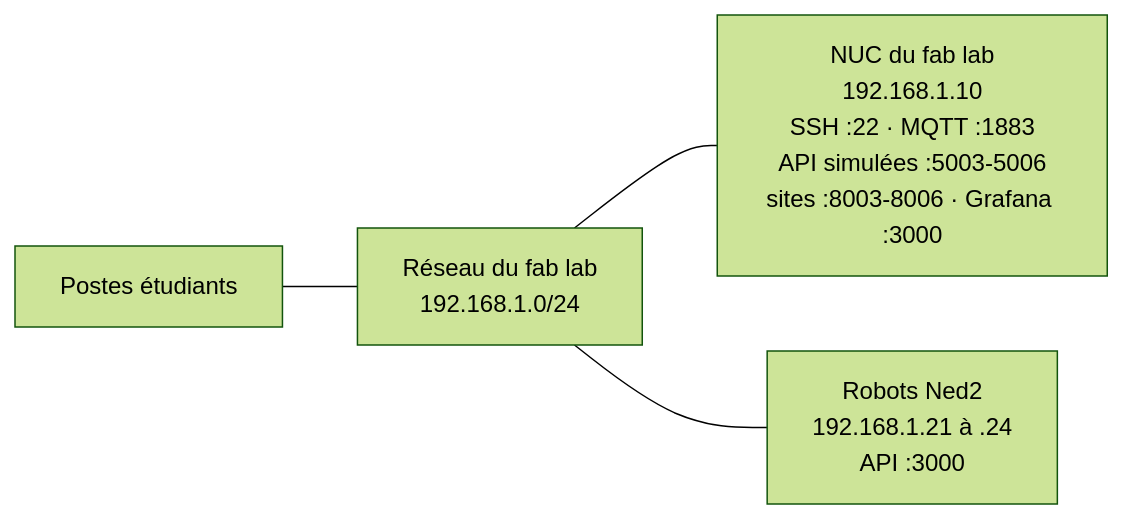
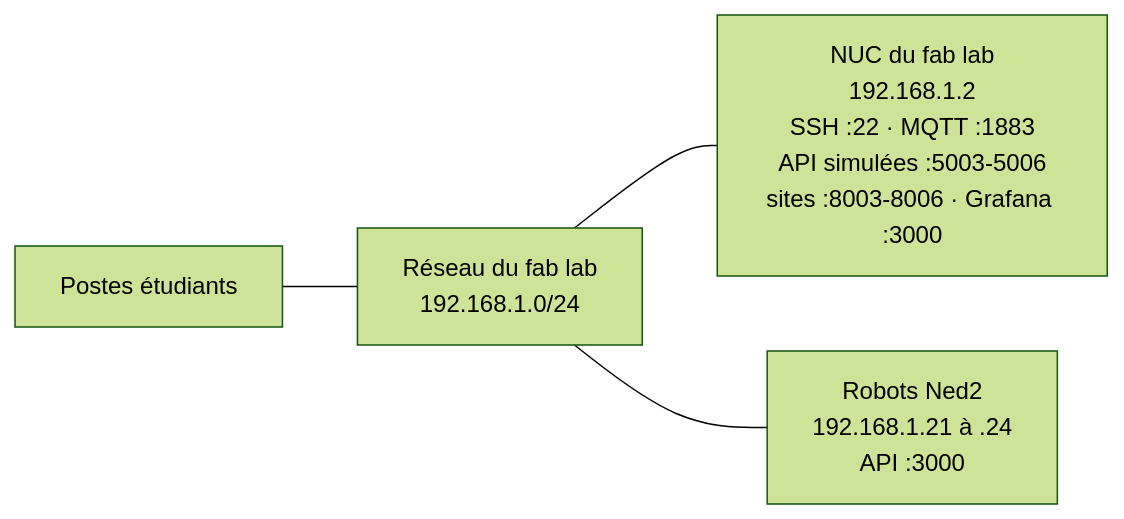
The diagram in progression_pedagogique/img/src/reseau_IRUP.mmd (fabrice1618/niryo2), drawn with Mermaid (forest theme) before and after one commit. The commit also changed 46 other files, not shown here.

```diff
--- a/progression_pedagogique/img/src/reseau_IRUP.mmd
+++ b/progression_pedagogique/img/src/reseau_IRUP.mmd
@@ -1,4 +1,4 @@
 flowchart LR
     PE["Postes étudiants"] --- SW["Réseau du fab lab<br/>192.168.1.0/24"]
-    SW --- SV["NUC du fab lab<br/>192.168.1.10<br/>SSH :22 · MQTT :1883<br/>API simulées :5003-5006<br/>sites :8003-8006 · Grafana :3000"]
+    SW --- SV["NUC du fab lab<br/>192.168.1.2<br/>SSH :22 · MQTT :1883<br/>API simulées :5003-5006<br/>sites :8003-8006 · Grafana :3000"]
     SW --- ROB["Robots Ned2<br/>192.168.1.21 à .24<br/>API :3000"]
```
